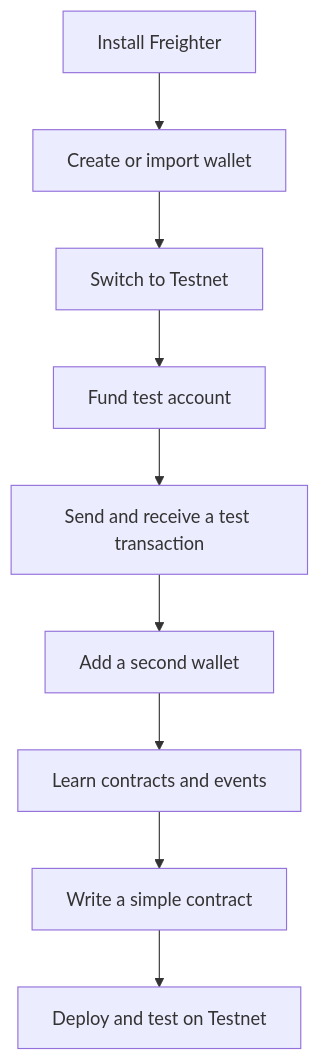
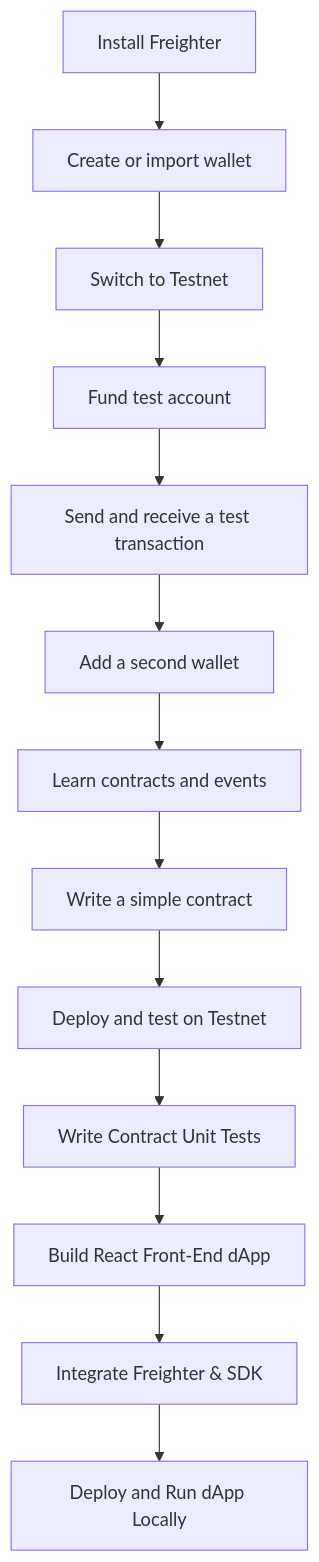
The first of 2 diagrams in README.md (SudiptaSanki/Stellar-Projects), drawn with Mermaid before and after one commit. The commit also changed other lines of this file and 34 other files, not shown here.

Commit message:
Classify project as Level 3 (Orange Belt), fix Rust unit tests, and update repository README

````diff
--- a/README.md
+++ b/README.md
@@ -33,11 +37,15 @@
 ```mermaid
 flowchart TD
     A[Install Freighter] --> B[Create or import wallet]
     B --> C[Switch to Testnet]
     C --> D[Fund test account]
     D --> E[Send and receive a test transaction]
     E --> F[Add a second wallet]
     F --> G[Learn contracts and events]
     G --> H[Write a simple contract]
     H --> I[Deploy and test on Testnet]
+    I --> J[Write Contract Unit Tests]
+    J --> K[Build React Front-End dApp]
+    K --> L[Integrate Freighter & SDK]
+    L --> M[Deploy and Run dApp Locally]
 ```
````
